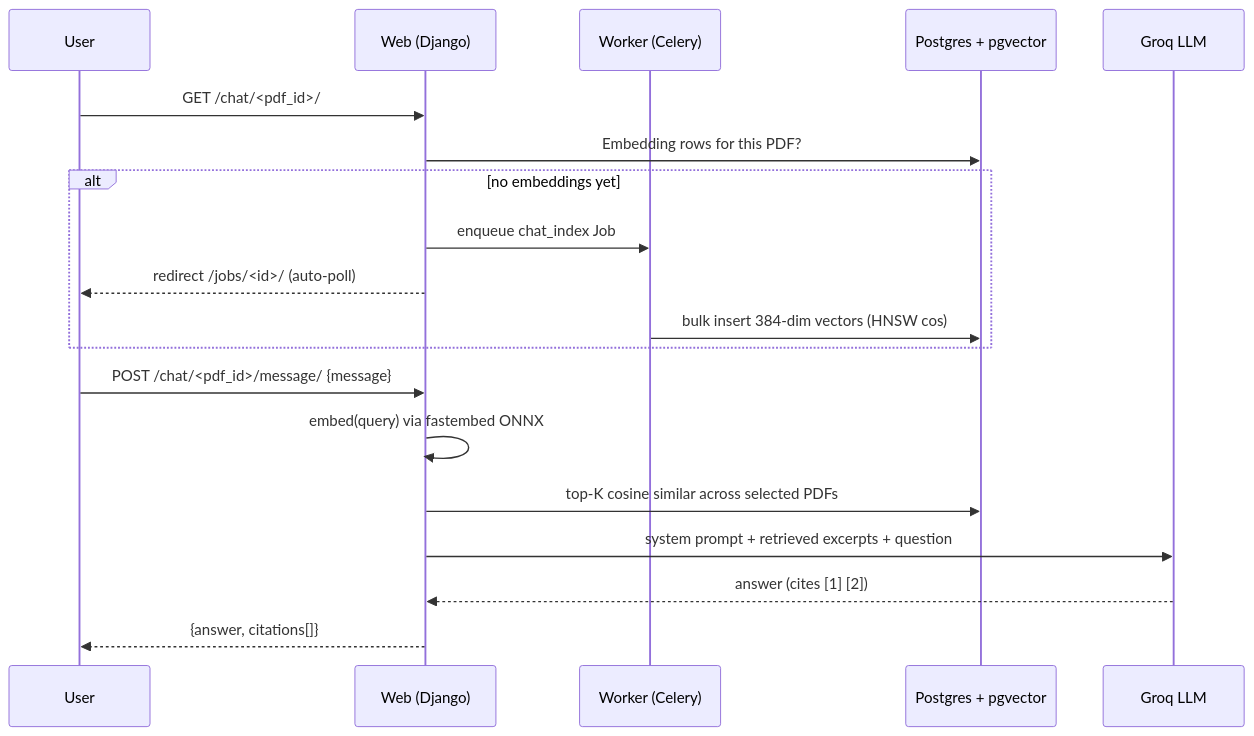
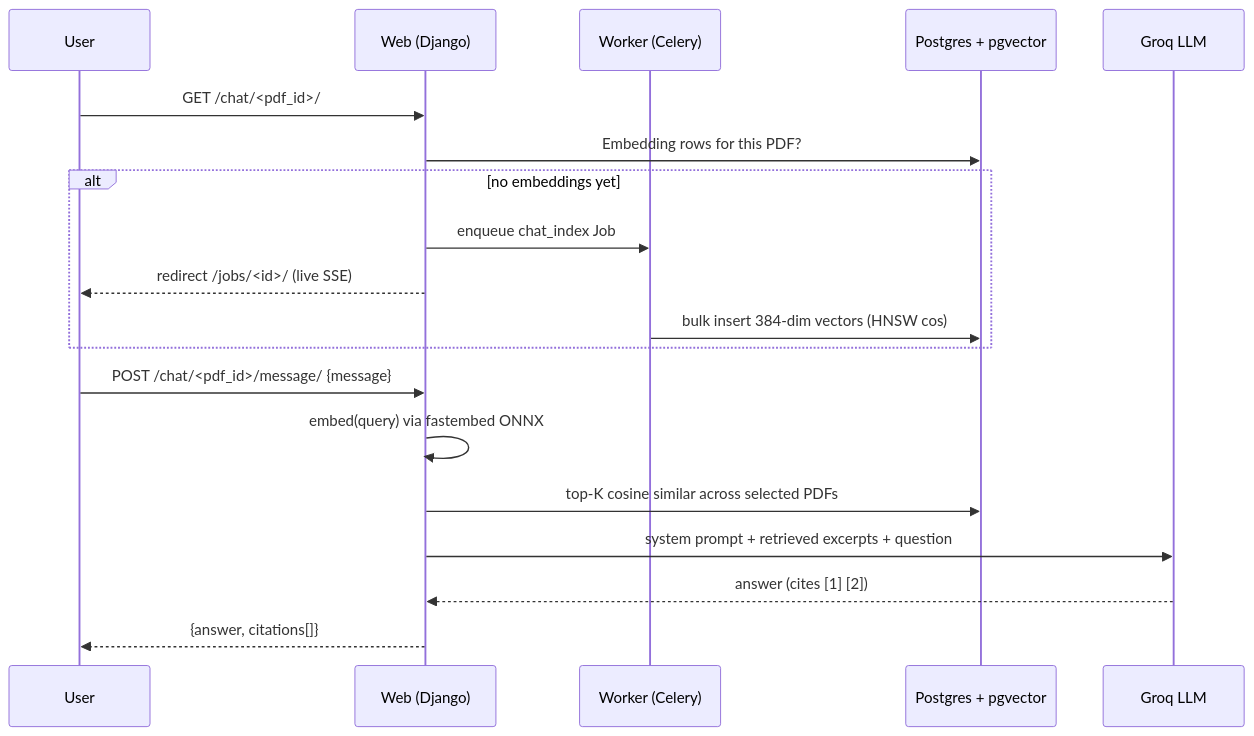
The second of 2 diagrams in README.md (Alexandru2984/pdf_Editor_v2), drawn with Mermaid before and after one commit. The commit also changed other lines of this file, not shown here.

````diff
--- a/README.md
+++ b/README.md
@@ -139,23 +240,23 @@
 ```mermaid
 sequenceDiagram
     participant U as User
     participant W as Web (Django)
     participant K as Worker (Celery)
     participant D as Postgres + pgvector
     participant L as Groq LLM
 
     U->>W: GET /chat/<pdf_id>/
     W->>D: Embedding rows for this PDF?
     alt no embeddings yet
         W->>K: enqueue chat_index Job
-        W-->>U: redirect /jobs/<id>/ (auto-poll)
+        W-->>U: redirect /jobs/<id>/ (live SSE)
         K->>D: bulk insert 384-dim vectors (HNSW cos)
     end
 
     U->>W: POST /chat/<pdf_id>/message/ {message}
     W->>W: embed(query) via fastembed ONNX
     W->>D: top-K cosine similar across selected PDFs
     W->>L: system prompt + retrieved excerpts + question
     L-->>W: answer (cites [1] [2])
     W-->>U: {answer, citations[]}
 ```
````
